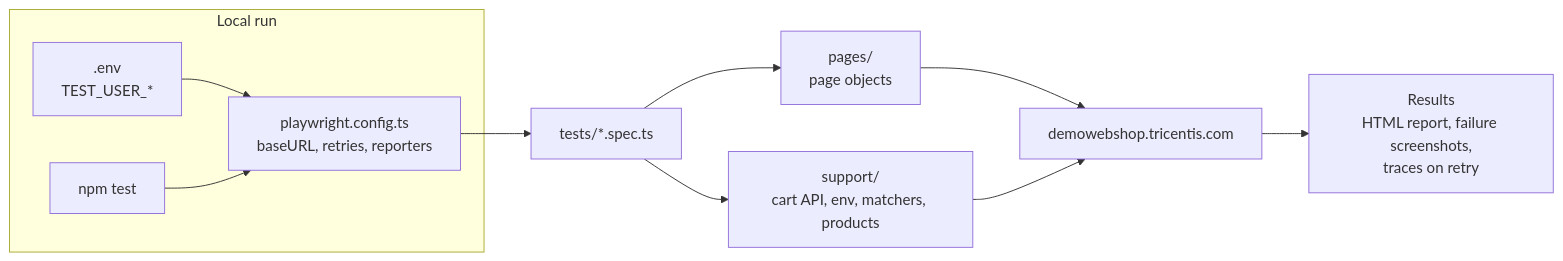
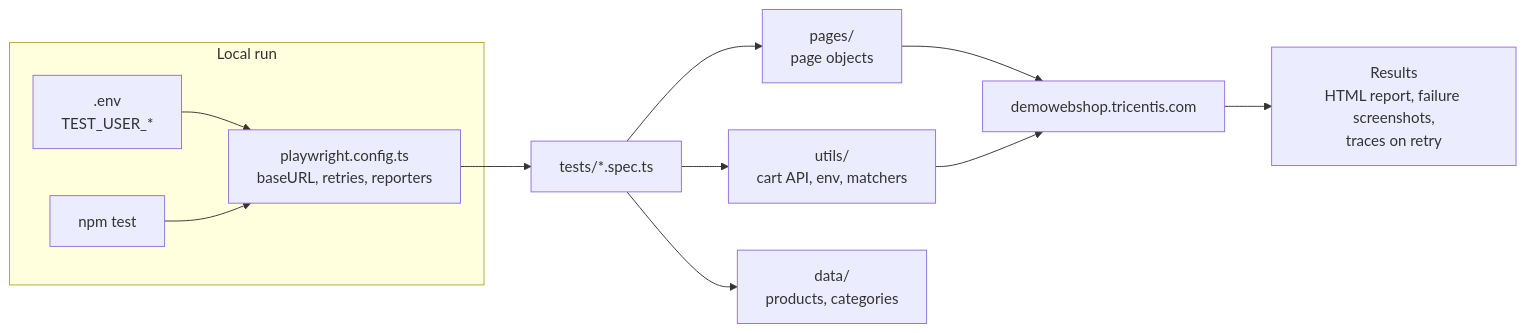
The first of 3 diagrams in README.md (OlegZhidkov/demowebshop-playwright), drawn with Mermaid before and after one commit. The commit also changed other lines of this file and 8 other files, not shown here.

Commit message:
refactor: rename tests/support to tests/utils and split out tests/data (#22)

````diff
--- a/README.md
+++ b/README.md
@@ -91,13 +92,14 @@
 ```mermaid
 flowchart LR
     subgraph Local["Local run"]
         ENV[".env<br/>TEST_USER_*"] --> CFG
         CMD["npm test"] --> CFG["playwright.config.ts<br/>baseURL, retries, reporters"]
     end
     CFG --> SPECS["tests/*.spec.ts"]
     SPECS --> PO["pages/<br/>page objects"]
-    SPECS --> SUP["support/<br/>cart API, env, matchers, products"]
+    SPECS --> UTL["utils/<br/>cart API, env, matchers"]
+    SPECS --> DATA["data/<br/>products, categories"]
     PO --> APP["demowebshop.tricentis.com"]
-    SUP --> APP
+    UTL --> APP
     APP --> RES["Results<br/>HTML report, failure screenshots,<br/>traces on retry"]
 ```
````
